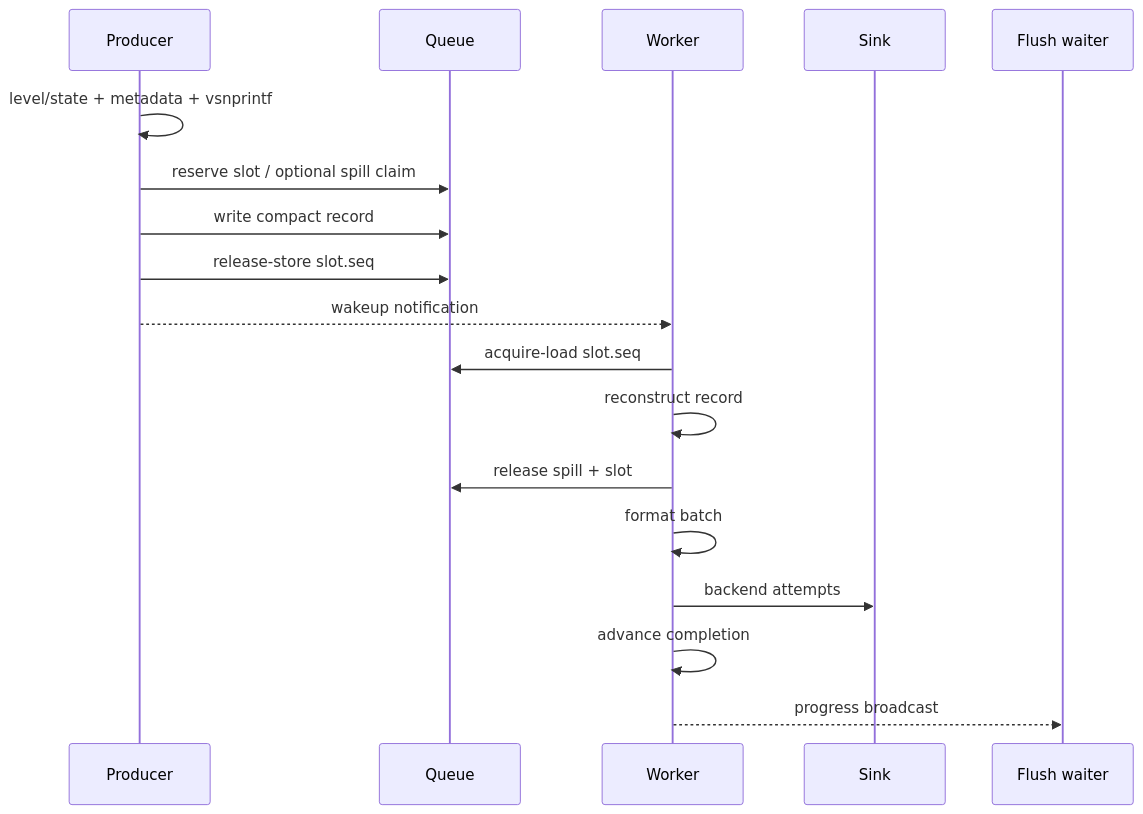
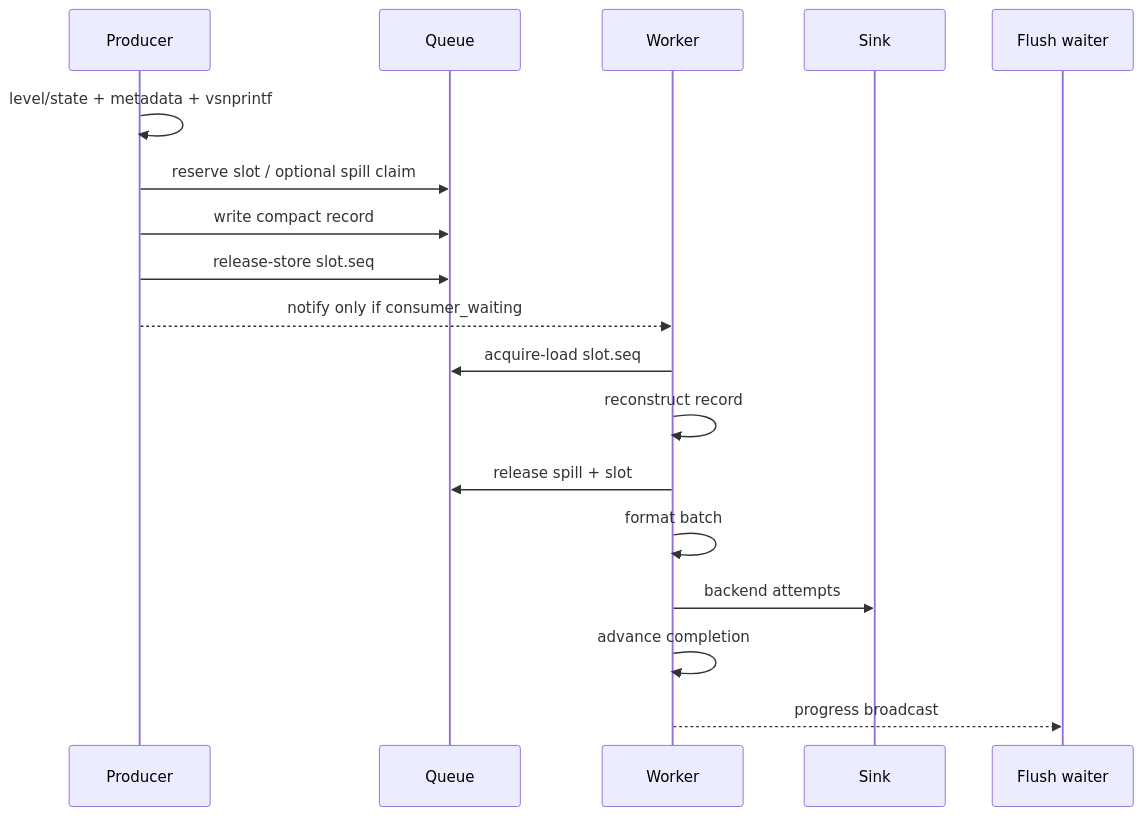
Before and after one commit to MyBlackHole/c-logger: the third of 5 diagrams in docs/ARCHITECTURE.md, drawn with Mermaid. The commit also changed other lines of this file and 17 other files, not shown here.

````diff
--- a/docs/ARCHITECTURE.md
+++ b/docs/ARCHITECTURE.md
@@ -276,21 +276,21 @@
 ```mermaid
 sequenceDiagram
     participant P as Producer
     participant Q as Queue
     participant W as Worker
     participant S as Sink
     participant F as Flush waiter
 
     P->>P: level/state + metadata + vsnprintf
     P->>Q: reserve slot / optional spill claim
     P->>Q: write compact record
     P->>Q: release-store slot.seq
-    P-->>W: wakeup notification
+    P-->>W: notify only if consumer_waiting
     W->>Q: acquire-load slot.seq
     W->>W: reconstruct record
     W->>Q: release spill + slot
     W->>W: format batch
     W->>S: backend attempts
     W->>W: advance completion
     W-->>F: progress broadcast
 ```
````
